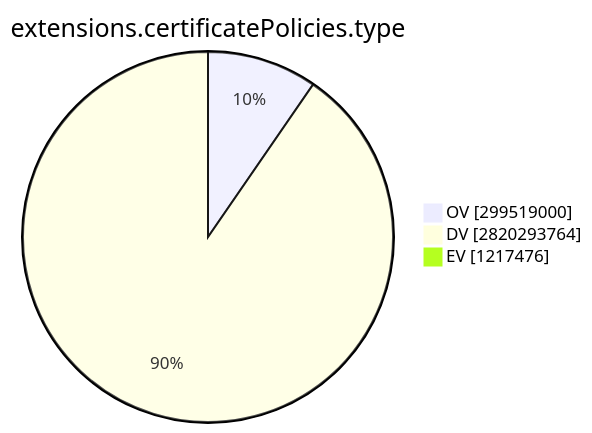
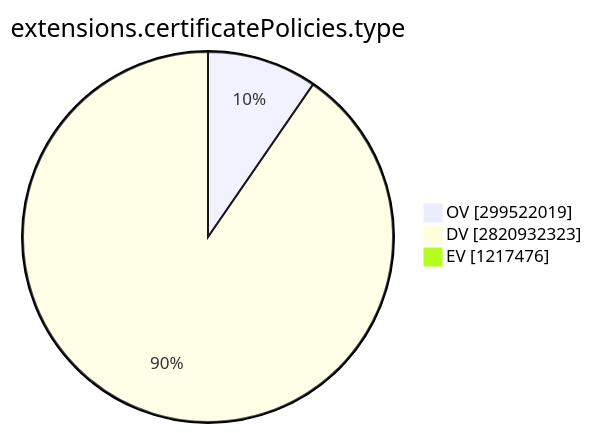
The ninth of 15 diagrams in TOTAL/README.md (christiankrug/ctmonitor_visualization), drawn with Mermaid before and after one commit. The commit also changed other lines of this file, not shown here.

````diff
--- a/TOTAL/README.md
+++ b/TOTAL/README.md
@@ -3101,7 +3101,7 @@
 ```mermaid
 pie showData
 title extensions.certificatePolicies.type
-"OV" :299519000
-"DV" :2820293764
+"OV" :299522019
+"DV" :2820932323
 "EV" :1217476
 ```
````
